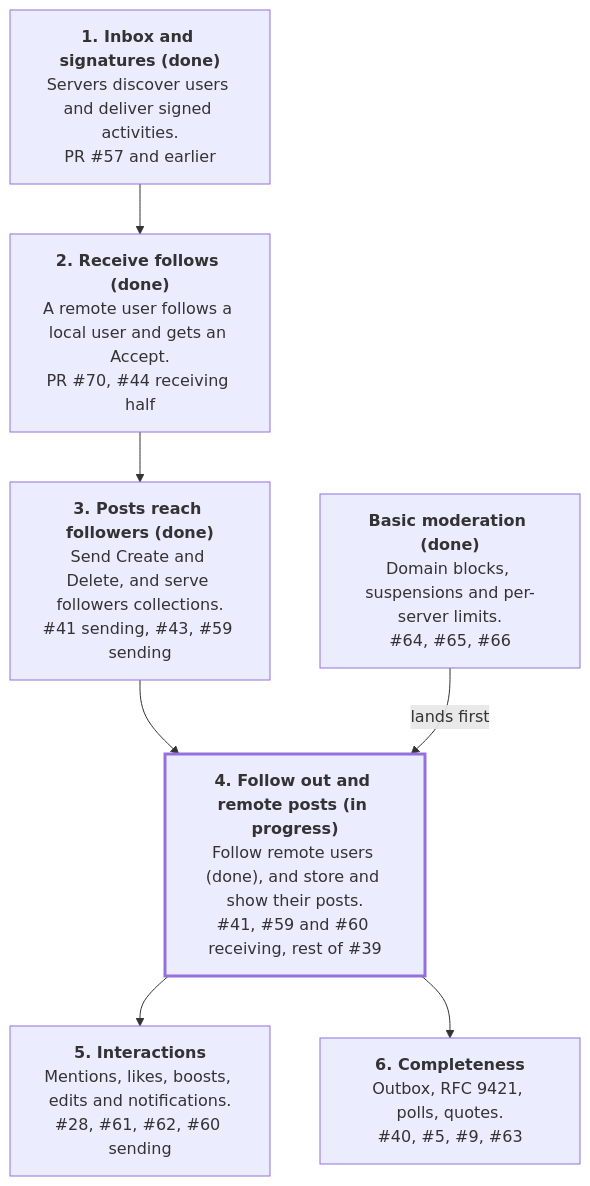
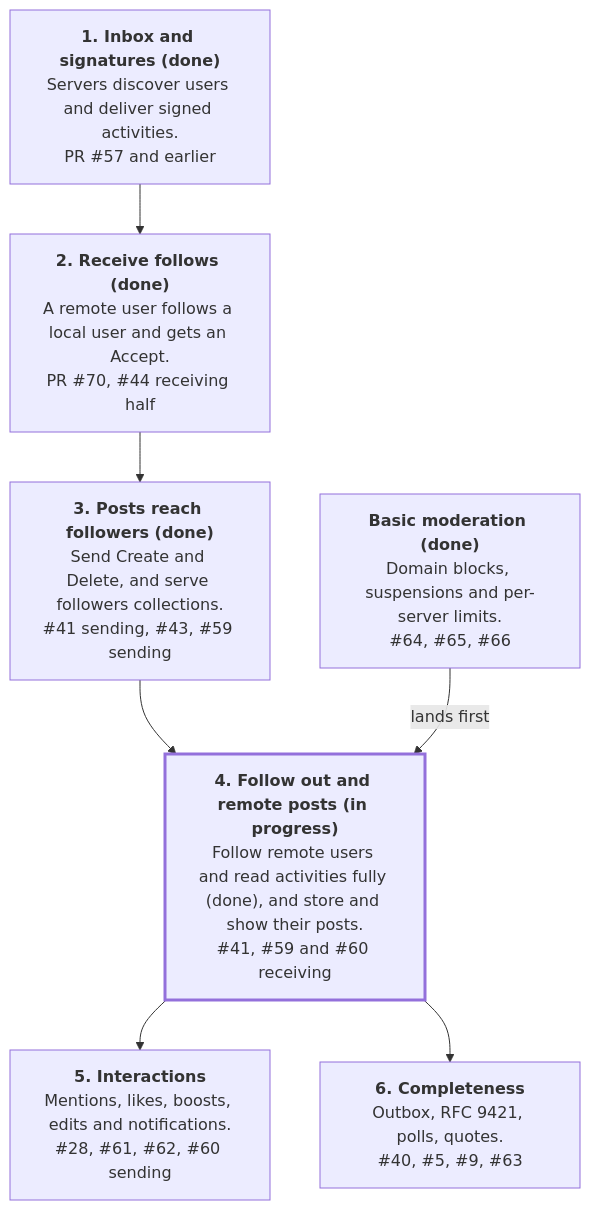
One commit to normikoto/elysium changed the diagram in docs/federation-plan.md. Above: the diagram before and after it, drawn with Mermaid. The commit also changed other lines of this file and 39 other files, not shown here.

````diff
--- a/docs/federation-plan.md
+++ b/docs/federation-plan.md
@@ -25,16 +25,16 @@
 ```mermaid
 flowchart TD
     m1["<b>1. Inbox and signatures (done)</b><br/>Servers discover users and deliver signed activities.<br/>PR #57 and earlier"]
     m2["<b>2. Receive follows (done)</b><br/>A remote user follows a local user and gets an Accept.<br/>PR #70, #44 receiving half"]
     m3["<b>3. Posts reach followers (done)</b><br/>Send Create and Delete, and serve followers collections.<br/>#41 sending, #43, #59 sending"]
-    m4["<b>4. Follow out and remote posts (in progress)</b><br/>Follow remote users (done), and store and show their posts.<br/>#41, #59 and #60 receiving, rest of #39"]
+    m4["<b>4. Follow out and remote posts (in progress)</b><br/>Follow remote users and read activities fully (done), and store and show their posts.<br/>#41, #59 and #60 receiving"]
     m5["<b>5. Interactions</b><br/>Mentions, likes, boosts, edits and notifications.<br/>#28, #61, #62, #60 sending"]
     mod["<b>Basic moderation (done)</b><br/>Domain blocks, suspensions and per-server limits.<br/>#64, #65, #66"]
     m6["<b>6. Completeness</b><br/>Outbox, RFC 9421, polls, quotes.<br/>#40, #5, #9, #63"]
 
     m1 --> m2 --> m3 --> m4 --> m5
     mod -- lands first --> m4
     m4 --> m6
 
     style m4 stroke-width:3px
 ```
````
